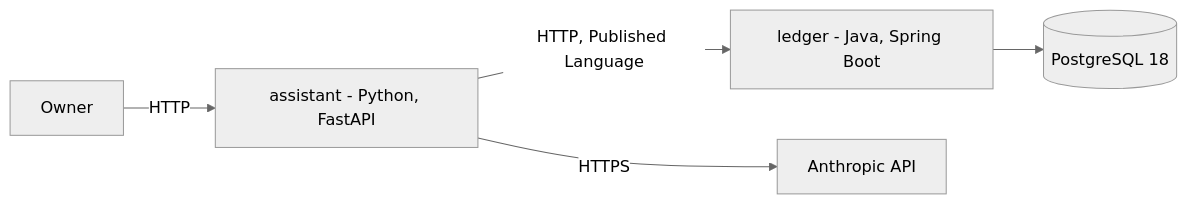
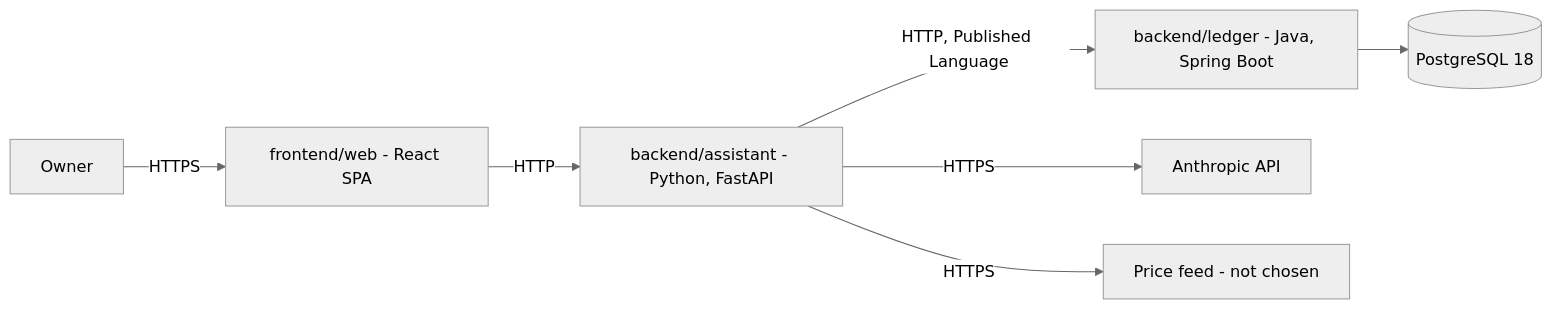
One commit to NaimElijah/FinAssist changed the diagram in docs/architecture/architecture.md. Above: the diagram before and after it, drawn with Mermaid (neutral theme). The commit also changed other lines of this file and 9 other files, not shown here.

````diff
--- a/docs/architecture/architecture.md
+++ b/docs/architecture/architecture.md
@@ -23,7 +27,9 @@
 ```mermaid
 flowchart LR
-    Owner[Owner] -->|HTTP| Assistant[assistant - Python, FastAPI]
-    Assistant -->|HTTP, Published Language| Ledger[ledger - Java, Spring Boot]
+    Owner[Owner] -->|HTTPS| Web[frontend/web - React SPA]
+    Web -->|HTTP| Assistant[backend/assistant - Python, FastAPI]
+    Assistant -->|HTTP, Published Language| Ledger[backend/ledger - Java, Spring Boot]
     Assistant -->|HTTPS| Claude[Anthropic API]
+    Assistant -->|HTTPS| Feed[Price feed - not chosen]
     Ledger --> DB[(PostgreSQL 18)]
 ```
````
